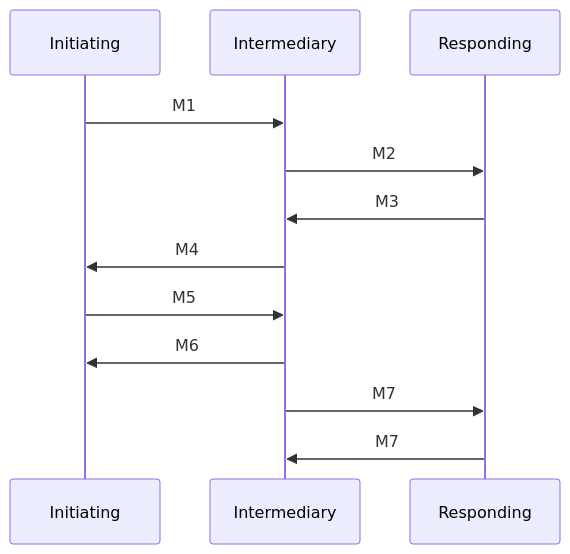
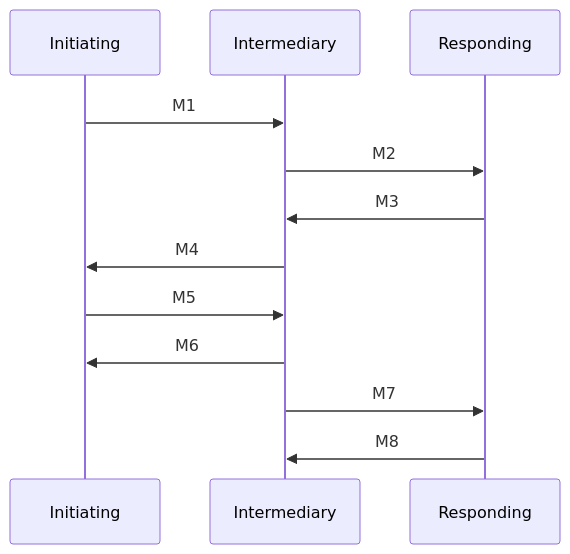
One commit to DalaiLlaama/specs changed the diagram in diagrams/uninstall-virtual-app-exchange.mmd. Above: the diagram before and after it, drawn with Mermaid.

```diff
--- a/diagrams/uninstall-virtual-app-exchange.mmd
+++ b/diagrams/uninstall-virtual-app-exchange.mmd
@@ -1,12 +1,12 @@
 sequenceDiagram
     participant Initiating
     participant Intermediary
     participant Responding
     Initiating->>Intermediary: M1
     Intermediary->>Responding: M2
     Responding->>Intermediary: M3
     Intermediary->>Initiating: M4
     Initiating->>Intermediary: M5
     Intermediary->>Initiating: M6
     Intermediary->>Responding: M7
-     Responding->>Intermediary: M7
+    Responding->>Intermediary: M8
```
